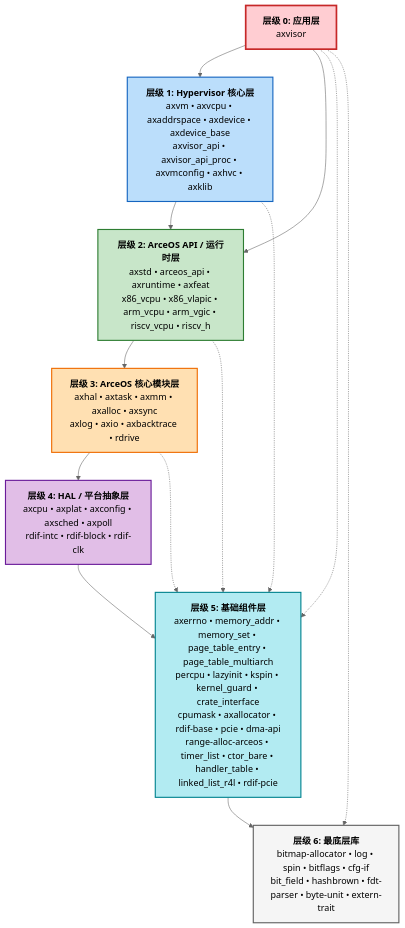
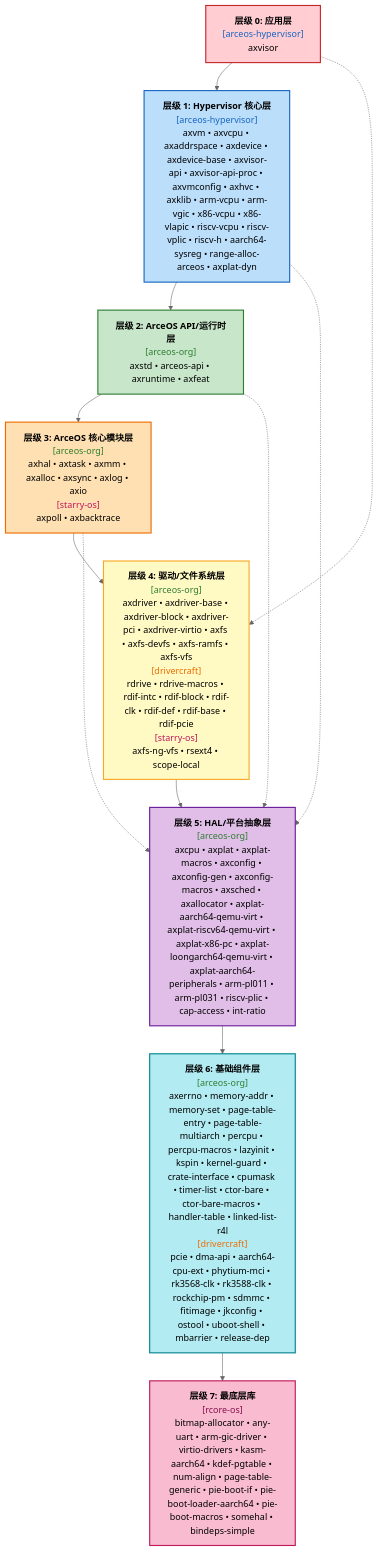
Before and after one commit to arceos-hypervisor/axcrates: the second of 2 diagrams in docs/axvisor-dependency.md, drawn with Mermaid (neutral theme). The commit also changed other lines of this file, not shown here.

Commit message:
full dependency

````diff
--- a/docs/axvisor-dependency.md
+++ b/docs/axvisor-dependency.md
@@ -626,49 +635,43 @@
 ```mermaid
-flowchart TD
+flowchart TB
     direction TB
-    
-    L0["<b>层级 0: 应用层</b><br/>axvisor"]
-    
-    L1["<b>层级 1: Hypervisor 核心层</b><br/>axvm • axvcpu • axaddrspace • axdevice • axdevice_base<br/>axvisor_api • axvisor_api_proc • axvmconfig • axhvc • axklib"]
-    
-    L2["<b>层级 2: ArceOS API / 运行时层</b><br/>axstd • arceos_api • axruntime • axfeat<br/>x86_vcpu • x86_vlapic • arm_vcpu • arm_vgic • riscv_vcpu • riscv_h"]
-    
-    L3["<b>层级 3: ArceOS 核心模块层</b><br/>axhal • axtask • axmm • axalloc • axsync<br/>axlog • axio • axbacktrace • rdrive"]
-    
-    L4["<b>层级 4: HAL / 平台抽象层</b><br/>axcpu • axplat • axconfig • axsched • axpoll<br/>rdif-intc • rdif-block • rdif-clk"]
-    
-    L5["<b>层级 5: 基础组件层</b><br/>axerrno • memory_addr • memory_set • page_table_entry • page_table_multiarch<br/>percpu • lazyinit • kspin • kernel_guard • crate_interface<br/>cpumask • axallocator • rdif-base • pcie • dma-api<br/>range-alloc-arceos • timer_list • ctor_bare • handler_table • linked_list_r4l • rdif-pcie"]
-    
-    L6["<b>层级 6: 最底层库</b><br/>bitmap-allocator • log • spin • bitflags • cfg-if<br/>bit_field • hashbrown • fdt-parser • byte-unit • extern-trait"]
+    L0["<b>层级 0: 应用层</b><br/><font color="#1565c0">[arceos-hypervisor]</font><br/>axvisor"]
+    L1["<b>层级 1: Hypervisor 核心层</b><br/><font color="#1565c0">[arceos-hypervisor]</font><br/>axvm • axvcpu • axaddrspace • axdevice • axdevice-base • axvisor-api • axvisor-api-proc • axvmconfig • axhvc • axklib • arm-vcpu • arm-vgic • x86-vcpu • x86-vlapic • riscv-vcpu • riscv-vplic • riscv-h • aarch64-sysreg • range-alloc-arceos • axplat-dyn"]
+    L2["<b>层级 2: ArceOS API/运行时层</b><br/><font color="#2e7d32">[arceos-org]</font><br/>axstd • arceos-api • axruntime • axfeat"]
+    L3["<b>层级 3: ArceOS 核心模块层</b><br/><font color="#2e7d32">[arceos-org]</font><br/>axhal • axtask • axmm • axalloc • axsync • axlog • axio<br/><font color="#c2185b">[starry-os]</font><br/>axpoll • axbacktrace"]
+    L4["<b>层级 4: 驱动/文件系统层</b><br/><font color="#2e7d32">[arceos-org]</font><br/>axdriver • axdriver-base • axdriver-block • axdriver-pci • axdriver-virtio • axfs • axfs-devfs • axfs-ramfs • axfs-vfs<br/><font color="#ef6c00">[drivercraft]</font><br/>rdrive • rdrive-macros • rdif-intc • rdif-block • rdif-clk • rdif-def • rdif-base • rdif-pcie<br/><font color="#c2185b">[starry-os]</font><br/>axfs-ng-vfs • rsext4 • scope-local"]
+    L5["<b>层级 5: HAL/平台抽象层</b><br/><font color="#2e7d32">[arceos-org]</font><br/>axcpu • axplat • axplat-macros • axconfig • axconfig-gen • axconfig-macros • axsched • axallocator • axplat-aarch64-qemu-virt • axplat-riscv64-qemu-virt • axplat-x86-pc • axplat-loongarch64-qemu-virt • axplat-aarch64-peripherals • arm-pl011 • arm-pl031 • riscv-plic • cap-access • int-ratio"]
+    L6["<b>层级 6: 基础组件层</b><br/><font color="#2e7d32">[arceos-org]</font><br/>axerrno • memory-addr • memory-set • page-table-entry • page-table-multiarch • percpu • percpu-macros • lazyinit • kspin • kernel-guard • crate-interface • cpumask • timer-list • ctor-bare • ctor-bare-macros • handler-table • linked-list-r4l<br/><font color="#ef6c00">[drivercraft]</font><br/>pcie • dma-api • aarch64-cpu-ext • phytium-mci • rk3568-clk • rk3588-clk • rockchip-pm • sdmmc • fitimage • jkconfig • ostool • uboot-shell • mbarrier • release-dep"]
+    L7["<b>层级 7: 最底层库</b><br/><font color="#880e4f">[rcore-os]</font><br/>bitmap-allocator • any-uart • arm-gic-driver • virtio-drivers • kasm-aarch64 • kdef-pgtable • num-align • page-table-generic • pie-boot-if • pie-boot-loader-aarch64 • pie-boot-macros • somehal • bindeps-simple"]
 
     L0 --> L1
-    L0 --> L2
     L1 --> L2
     L2 --> L3
     L3 --> L4
     L4 --> L5
     L5 --> L6
+    L6 --> L7
     
     %% 跨层依赖
-    L0 -.-> L5
-    L0 -.-> L6
+    L0 -.-> L4
     L1 -.-> L5
     L2 -.-> L5
     L3 -.-> L5
 
-    classDef l0 fill:#ffcdd2,stroke:#c62828,stroke-width:3px,color:#000
+    classDef l0 fill:#ffcdd2,stroke:#c62828,stroke-width:2px,color:#000
+    class L0 l0
     classDef l1 fill:#bbdefb,stroke:#1565c0,stroke-width:2px,color:#000
+    class L1 l1
     classDef l2 fill:#c8e6c9,stroke:#2e7d32,stroke-width:2px,color:#000
+    class L2 l2
     classDef l3 fill:#ffe0b2,stroke:#ef6c00,stroke-width:2px,color:#000
-    classDef l4 fill:#e1bee7,stroke:#6a1b9a,stroke-width:2px,color:#000
-    classDef l5 fill:#b2ebf2,stroke:#00838f,stroke-width:2px,color:#000
-    classDef l6 fill:#f5f5f5,stroke:#616161,stroke-width:2px,color:#000
-
-    class L0 l0
-    class L1 l1
-    class L2 l2
     class L3 l3
+    classDef l4 fill:#fff9c4,stroke:#f9a825,stroke-width:2px,color:#000
     class L4 l4
+    classDef l5 fill:#e1bee7,stroke:#6a1b9a,stroke-width:2px,color:#000
     class L5 l5
+    classDef l6 fill:#b2ebf2,stroke:#00838f,stroke-width:2px,color:#000
     class L6 l6
+    classDef l7 fill:#f8bbd0,stroke:#c2185b,stroke-width:2px,color:#000
+    class L7 l7
 ```
````
